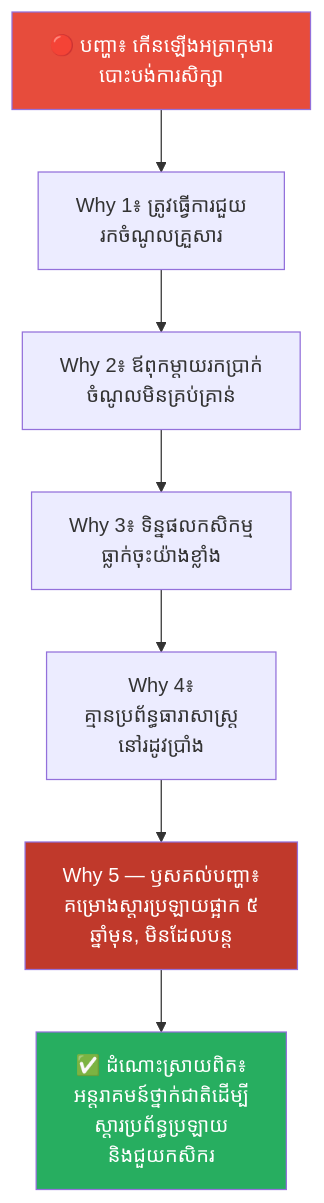
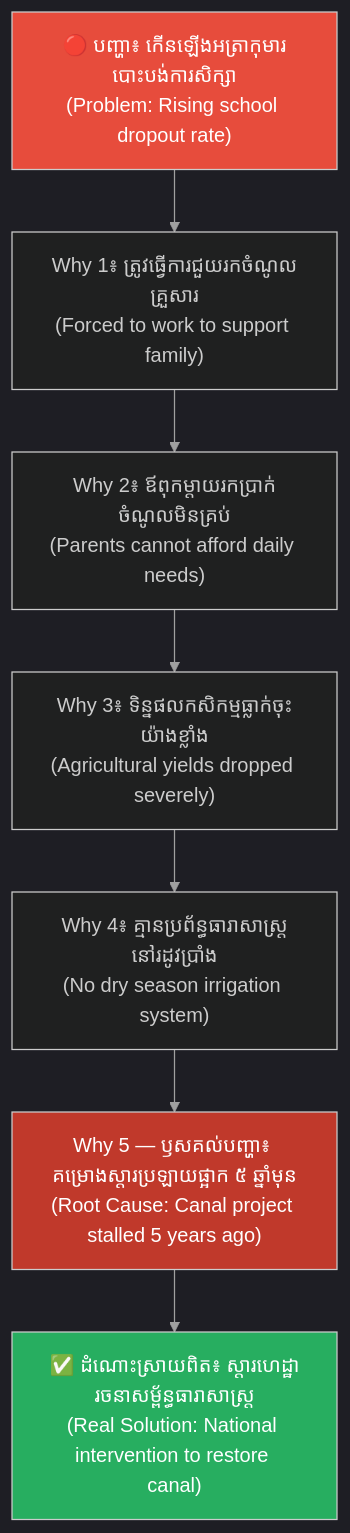
Before and after one commit to GuideStack/iblogger-feeds: the seventh of 8 diagrams in feeds/concepts/articles/02-five-whys-technique.md, drawn with Mermaid. The commit also changed other lines of this file, not shown here.

````diff
--- a/feeds/concepts/articles/02-five-whys-technique.md
+++ b/feeds/concepts/articles/02-five-whys-technique.md
@@ -292,13 +413,22 @@
 ```mermaid
+%%{init: {
+  'theme': 'dark',
+  'themeVariables': {
+    'background': '#1e1e1e',
+    'primaryTextColor': '#ffffff',
+    'lineColor': '#a0a0a0'
+  },
+  'themeCSS': 'svg { background-color: #1e1e1e !important; padding: 1rem !important; border-radius: 8px !important; } .edgeLabel rect { fill: #1e1e1e !important; } text, tspan { fill: #ffffff !important; }'
+}}%%
 graph TD
-    A["🔴 បញ្ហា៖ កើនឡើងអត្រាកុមារ<br/>បោះបង់ការសិក្សា"] --> B["Why 1៖ ត្រូវធ្វើការជួយ<br/>រកចំណូលគ្រួសារ"]
-    B --> C["Why 2៖ ឪពុកម្តាយរកប្រាក់<br/>ចំណូលមិនគ្រប់គ្រាន់"]
-    C --> D["Why 3៖ ទិន្នផលកសិកម្ម<br/>ធ្លាក់ចុះយ៉ាងខ្លាំង"]
-    D --> E["Why 4៖<br/>គ្មានប្រព័ន្ធធារាសាស្ត្រ<br/>នៅរដូវប្រាំង"]
-    E --> F["Why 5 — ឫសគល់បញ្ហា៖<br/>គម្រោងស្តារប្រឡាយផ្អាក ៥<br/>ឆ្នាំមុន, មិនដែលបន្ត"]
-    F --> G["✅ ដំណោះស្រាយពិត៖<br/>អន្តរាគមន៍ថ្នាក់ជាតិដើម្បី<br/>ស្តារប្រព័ន្ធប្រឡាយ<br/>និងជួយកសិករ"]
+    A["🔴 បញ្ហា៖ កើនឡើងអត្រាកុមារបោះបង់ការសិក្សា<br/>(Problem: Rising school dropout rate)"] --> B["Why 1៖ ត្រូវធ្វើការជួយរកចំណូលគ្រួសារ<br/>(Forced to work to support family)"]
+    B --> C["Why 2៖ ឪពុកម្តាយរកប្រាក់ចំណូលមិនគ្រប់<br/>(Parents cannot afford daily needs)"]
+    C --> D["Why 3៖ ទិន្នផលកសិកម្មធ្លាក់ចុះយ៉ាងខ្លាំង<br/>(Agricultural yields dropped severely)"]
+    D --> E["Why 4៖ គ្មានប្រព័ន្ធធារាសាស្ត្រនៅរដូវប្រាំង<br/>(No dry season irrigation system)"]
+    E --> F["Why 5 — ឫសគល់បញ្ហា៖ គម្រោងស្តារប្រឡាយផ្អាក ៥ ឆ្នាំមុន<br/>(Root Cause: Canal project stalled 5 years ago)"]
+    F --> G["✅ ដំណោះស្រាយពិត៖ ស្តារហេដ្ឋារចនាសម្ព័ន្ធធារាសាស្ត្រ<br/>(Real Solution: National intervention to restore canal)"]
 
     style A fill:#e74c3c,color:#fff
     style F fill:#c0392b,color:#fff
     style G fill:#27ae60,color:#fff
 ```
````
